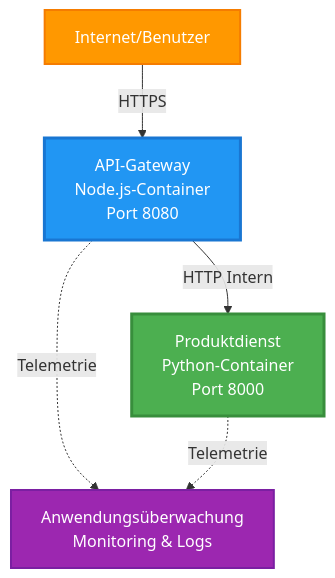
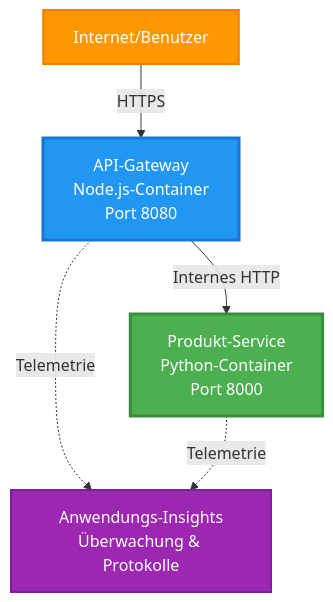
Before and after one commit to microsoft/AZD-for-beginners: the first of 4 diagrams in translations/de/examples/microservices/README.md, drawn with Mermaid. The commit also changed other lines of this file and 242 other files, not shown here.

````diff
--- a/translations/de/examples/microservices/README.md
+++ b/translations/de/examples/microservices/README.md
@@ -40,17 +31,17 @@
 ```mermaid
 graph TB
     Internet[Internet/Benutzer]
     Gateway[API-Gateway<br/>Node.js-Container<br/>Port 8080]
-    Product[Produktdienst<br/>Python-Container<br/>Port 8000]
-    AppInsights[Anwendungsüberwachung<br/>Monitoring & Logs]
+    Product[Produkt-Service<br/>Python-Container<br/>Port 8000]
+    AppInsights[Anwendungs-Insights<br/>Überwachung & Protokolle]
     
     Internet -->|HTTPS| Gateway
-    Gateway -->|HTTP Intern| Product
+    Gateway -->|Internes HTTP| Product
     Gateway -.->|Telemetrie| AppInsights
     Product -.->|Telemetrie| AppInsights
     
     style Gateway fill:#2196F3,stroke:#1976D2,stroke-width:3px,color:#fff
     style Product fill:#4CAF50,stroke:#388E3C,stroke-width:3px,color:#fff
     style Internet fill:#FF9800,stroke:#F57C00,stroke-width:2px,color:#fff
     style AppInsights fill:#9C27B0,stroke:#7B1FA2,stroke-width:2px,color:#fff
 ```
````
